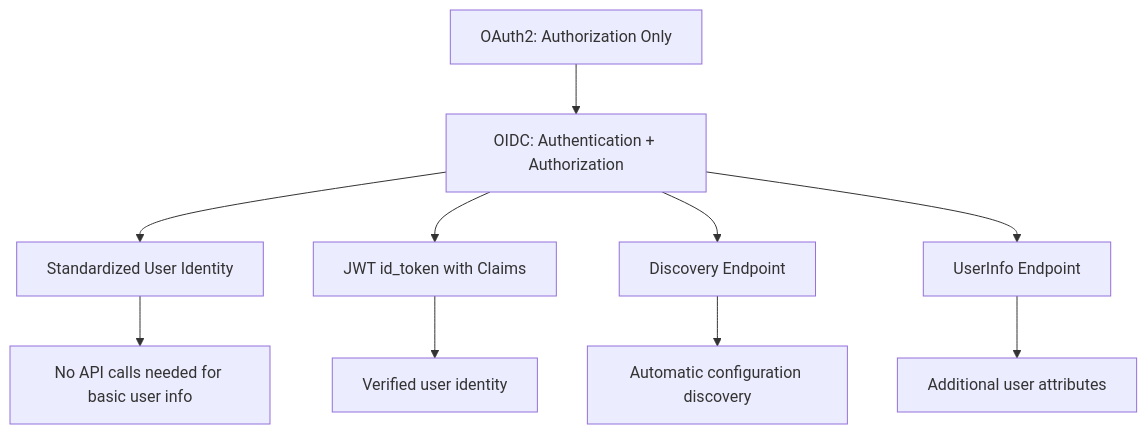
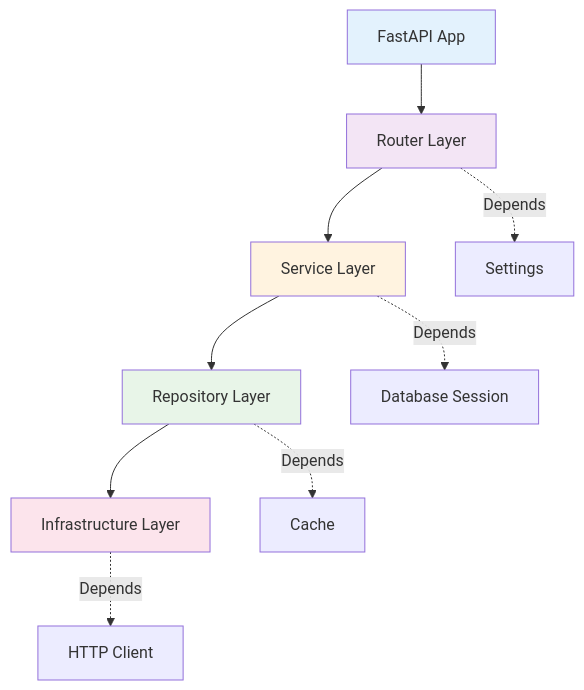
The fifth of 12 diagrams in README.md (ArunN07/oidc_oauth2_implementation), drawn with Mermaid before and after one commit. The commit also changed other lines of this file and 12 other files, not shown here.

````diff
--- a/README.md
+++ b/README.md
@@ -803,13 +197,18 @@
 ```mermaid
-flowchart TD
-    A[OAuth2: Authorization Only] --> B[OIDC: Authentication + Authorization]
-    B --> C[Standardized User Identity]
-    B --> D[JWT id_token with Claims]
-    B --> E[Discovery Endpoint]
-    B --> F[UserInfo Endpoint]
-    
-    C --> G[No API calls needed for basic user info]
-    D --> H[Verified user identity]
-    E --> I[Automatic configuration discovery]
-    F --> J[Additional user attributes]
+graph TD
+    A[FastAPI App] --> B[Router Layer]
+    B --> C[Service Layer]
+    C --> D[Repository Layer]
+    D --> E[Infrastructure Layer]
+
+    B -.->|Depends| F[Settings]
+    C -.->|Depends| G[Database Session]
+    D -.->|Depends| H[Cache]
+    E -.->|Depends| I[HTTP Client]
+
+    style A fill:#e3f2fd
+    style B fill:#f3e5f5
+    style C fill:#fff3e0
+    style D fill:#e8f5e8
+    style E fill:#fce4ec
 ```
````
